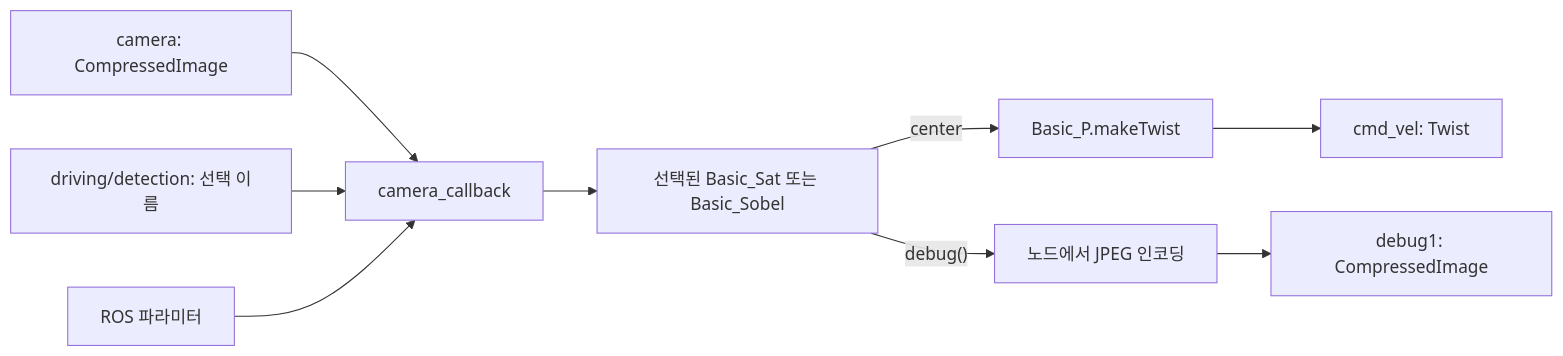
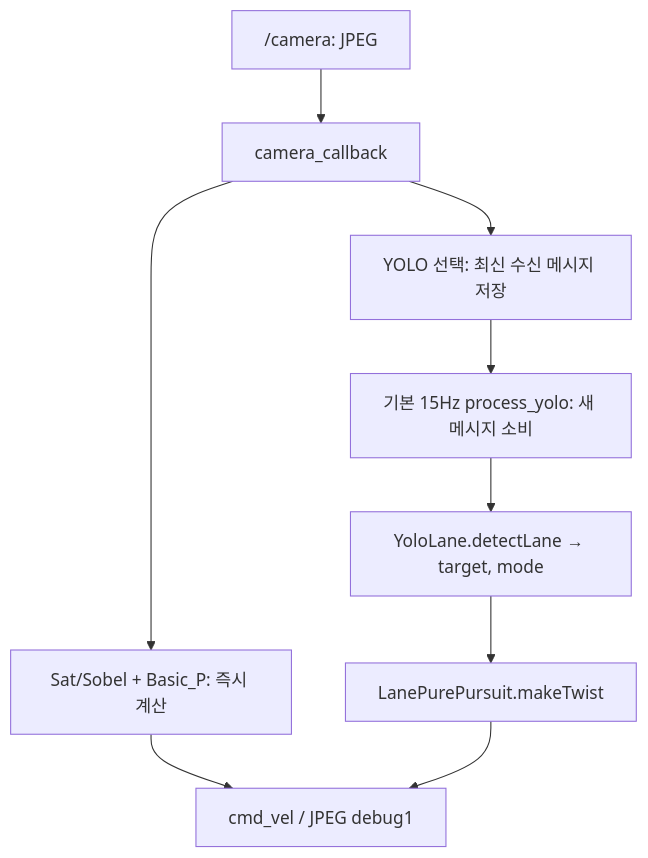
One commit to turtlebot-autorace-2026/driving changed the diagram in README.md. Above: the diagram before and after it, drawn with Mermaid. The commit also changed other lines of this file and 12 other files, not shown here.

First line of the commit message:
feat: YOLO 차선 검출과 Pure Pursuit 조향 통합

````diff
--- a/README.md
+++ b/README.md
@@ -39,11 +33,11 @@
 ```mermaid
-flowchart LR
-    camera["camera: CompressedImage"] --> callback["camera_callback"]
-    selection["driving/detection: 선택 이름"] --> callback
-    params["ROS 파라미터"] --> callback
-    callback --> detector["선택된 Basic_Sat 또는 Basic_Sobel"]
-    detector -->|center| controller["Basic_P.makeTwist"]
-    controller --> cmd["cmd_vel: Twist"]
-    detector -->|"debug()"| debug["노드에서 JPEG 인코딩"]
-    debug --> topic["debug1: CompressedImage"]
+flowchart TD
+    camera["/camera: JPEG"] --> callback["camera_callback"]
+    callback --> basic["Sat/Sobel + Basic_P: 즉시 계산"]
+    callback --> latest["YOLO 선택: 최신 수신 메시지 저장"]
+    latest --> timer["기본 15Hz process_yolo: 새 메시지 소비"]
+    timer --> detect["YoloLane.detectLane → target, mode"]
+    detect --> steer["LanePurePursuit.makeTwist"]
+    basic --> output["cmd_vel / JPEG debug1"]
+    steer --> output
 ```
````
